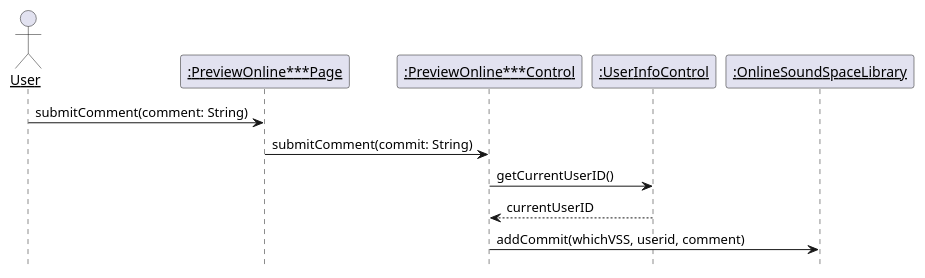
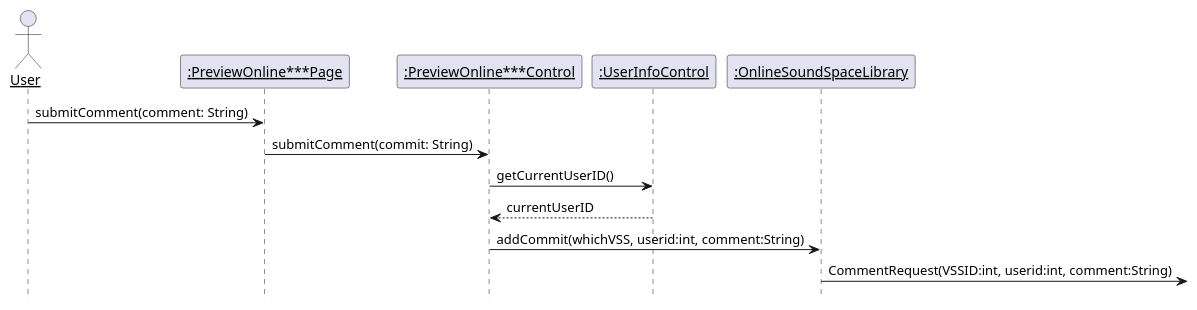
One commit to kpp19920121/doc changed diagram 20 of 31 in 设计/顺序图.md. Above: the diagram before and after it, drawn with PlantUML. The commit also changed other lines of this file, not shown here.

Commit message:
补全了顺序图

````diff
--- a/设计/顺序图.md
+++ b/设计/顺序图.md
@@ -658,17 +703,18 @@
 ```PlantUML
 @startuml Diagrams/CommentVSS
 hide footbox
 skinparam sequenceParticipant underline
 actor User as user
 participant ":PreviewOnline***Page" as page
 participant ":PreviewOnline***Control" as control
 participant ":UserInfoControl" as info
 participant ":OnlineSoundSpaceLibrary" as library
 
 user -> page: submitComment(comment: String)
 page -> control: submitComment(commit: String)
 control -> info: getCurrentUserID()
 info --> control: currentUserID
-control -> library: addCommit(whichVSS, userid, comment)
+control -> library: addCommit(whichVSS, userid:int, comment:String)
+library->:CommentRequest(VSSID:int, userid:int, comment:String)
 @enduml
 ```
````
